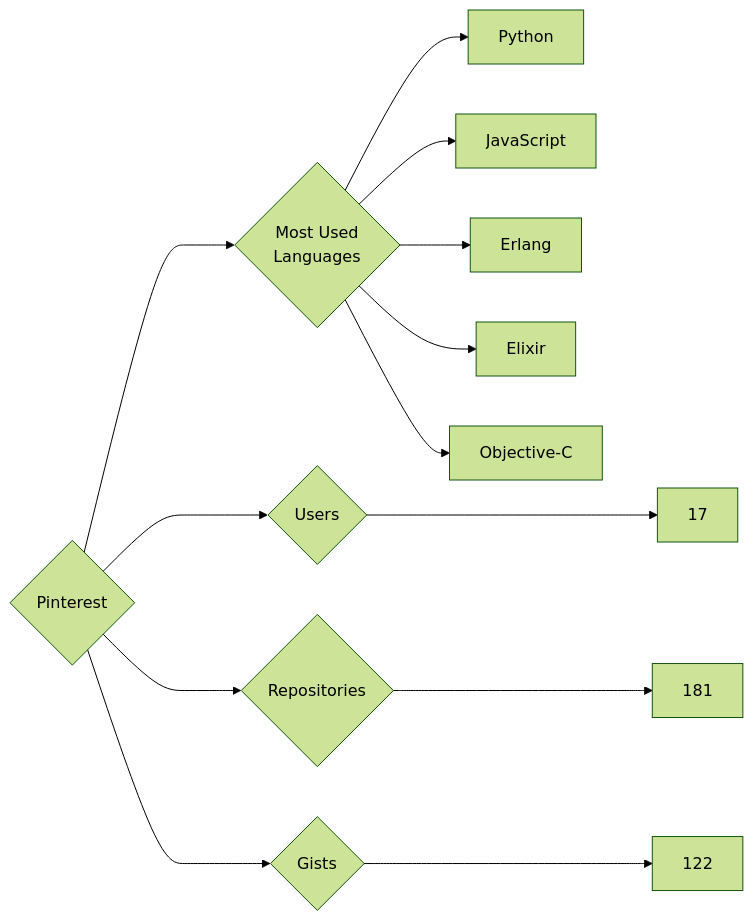
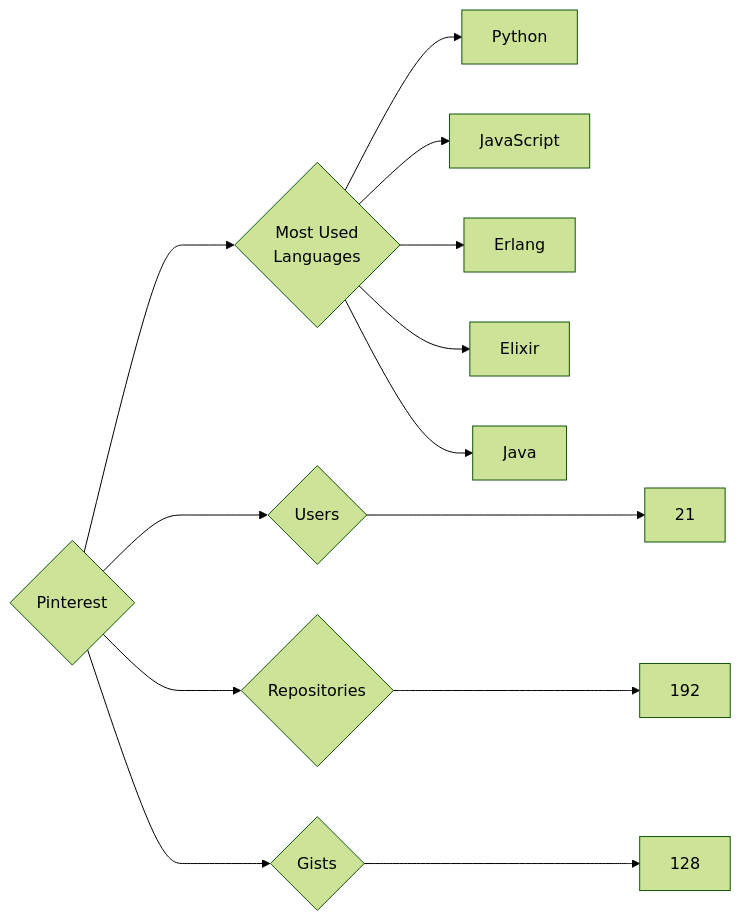
The diagram in targets/Pinterest/README.md (trickest/insiders), drawn with Mermaid (forest theme) before and after one commit. The commit also changed 965 other files, not shown here.

````diff
--- a/targets/Pinterest/README.md
+++ b/targets/Pinterest/README.md
@@ -3,13 +3,13 @@
 ```mermaid
 graph LR
 COMPANY_NAME{Pinterest}
-COMPANY_NAME ---> U{Users} ---> UN[17]
-COMPANY_NAME ---> R{Repositories} ---> RN[181]
-COMPANY_NAME ---> G{Gists} ---> GN[122]
+COMPANY_NAME ---> U{Users} ---> UN[21]
+COMPANY_NAME ---> R{Repositories} ---> RN[192]
+COMPANY_NAME ---> G{Gists} ---> GN[128]
 COMPANY_NAME ---> ML{Most Used<br>Languages}
 ML --> Python[Python]
 ML --> JavaScript[JavaScript]
 ML --> Erlang[Erlang]
 ML --> Elixir[Elixir]
-ML --> Objective-C[Objective-C]
+ML --> Java[Java]
 ```
````
